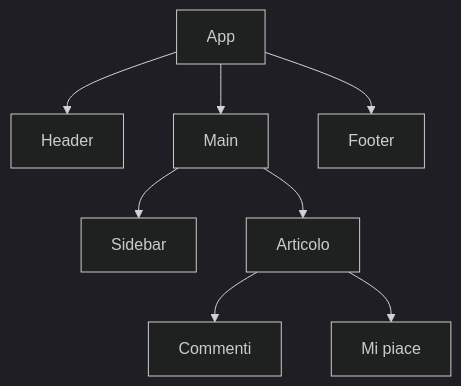
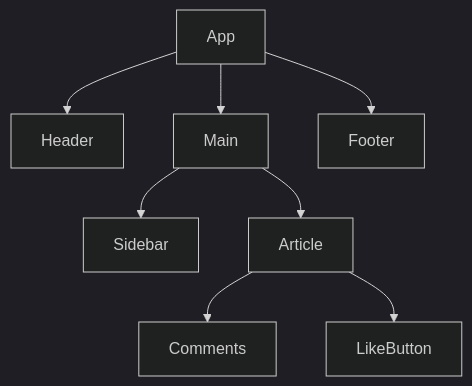
The fourth of 10 diagrams in arguments/chapters/it/01-fundamentals.md (BabaScience/react-guides), drawn with Mermaid (dark theme) before and after one commit. The commit also changed other lines of this file and 46 other files, not shown here.

````diff
--- a/arguments/chapters/it/01-fundamentals.md
+++ b/arguments/chapters/it/01-fundamentals.md
@@ -141,10 +341,10 @@
 ```mermaid
 graph TD
     App[App] --> Header[Header]
     App --> Main[Main]
     App --> Footer[Footer]
     Main --> Sidebar[Sidebar]
-    Main --> Article[Articolo]
-    Article --> Comments[Commenti]
-    Article --> Likes[Mi piace]
+    Main --> Article[Article]
+    Article --> Comments[Comments]
+    Article --> LikeButton[LikeButton]
 ```
````
